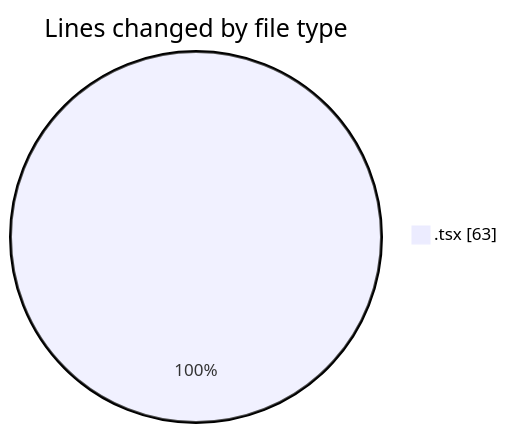
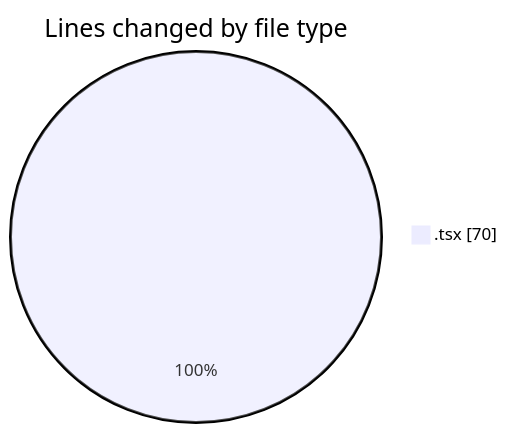
The first of 2 diagrams in 2025-02-07/mbc-web/README.md (robertbonfada/code-tracking), drawn with Mermaid before and after one commit. The commit also changed other lines of this file and 1 other file, not shown here.

````diff
--- a/2025-02-07/mbc-web/README.md
+++ b/2025-02-07/mbc-web/README.md
@@ -23,5 +23,5 @@
 ```mermaid
 pie showData
 title Lines changed by file type
-".tsx" : 63
+".tsx" : 70
 ```
````
